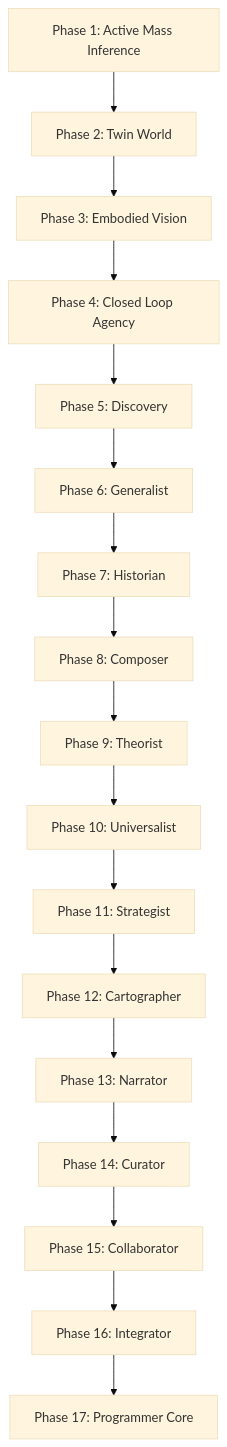
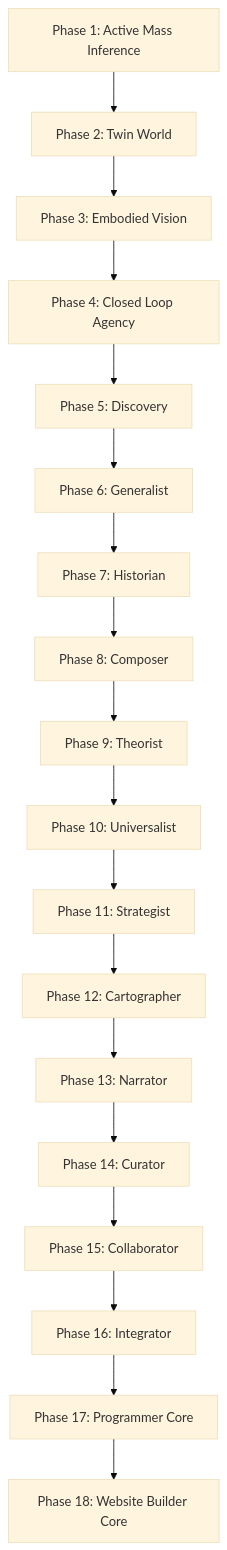
One commit to abdallah2183/causal-constructivism changed the diagram in README.md. Above: the diagram before and after it, drawn with Mermaid (base theme). The commit also changed other lines of this file and 14 other files, not shown here.

Commit message:
Add Phase 18 website builder

````diff
--- a/README.md
+++ b/README.md
@@ -37,19 +38,20 @@
 ```mermaid
 flowchart TD
     P1["Phase 1: Active Mass Inference"] --> P2["Phase 2: Twin World"]
     P2 --> P3["Phase 3: Embodied Vision"]
     P3 --> P4["Phase 4: Closed Loop Agency"]
     P4 --> P5["Phase 5: Discovery"]
     P5 --> P6["Phase 6: Generalist"]
     P6 --> P7["Phase 7: Historian"]
     P7 --> P8["Phase 8: Composer"]
     P8 --> P9["Phase 9: Theorist"]
     P9 --> P10["Phase 10: Universalist"]
     P10 --> P11["Phase 11: Strategist"]
     P11 --> P12["Phase 12: Cartographer"]
     P12 --> P13["Phase 13: Narrator"]
     P13 --> P14["Phase 14: Curator"]
     P14 --> P15["Phase 15: Collaborator"]
     P15 --> P16["Phase 16: Integrator"]
     P16 --> P17["Phase 17: Programmer Core"]
+    P17 --> P18["Phase 18: Website Builder Core"]
 ```
````
